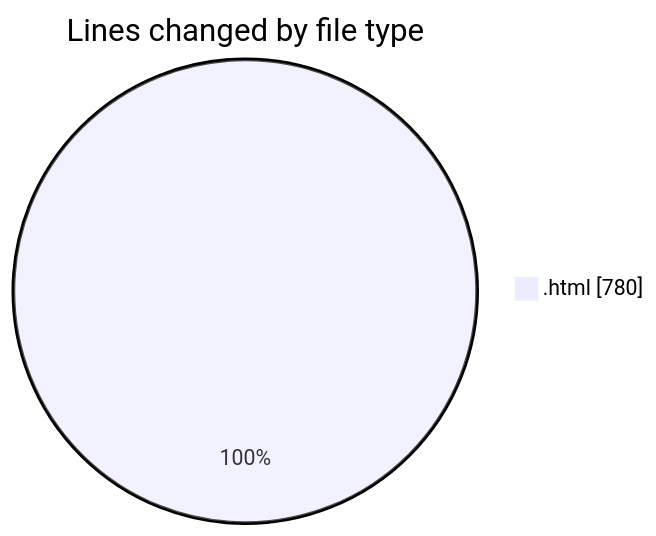
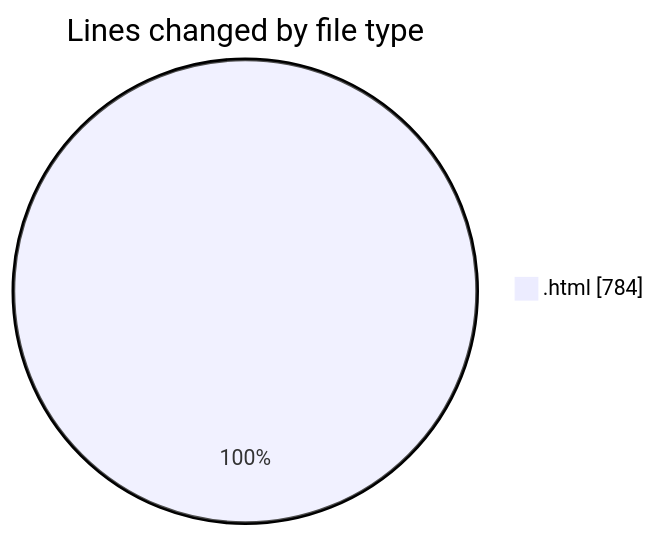
The first of 2 diagrams in 2025-06-07/www/README.md (vahidmafi/code-tracking), drawn with Mermaid before and after one commit. The commit also changed other lines of this file and 1 other file, not shown here.

````diff
--- a/2025-06-07/www/README.md
+++ b/2025-06-07/www/README.md
@@ -21,5 +21,5 @@
 ```mermaid
 pie showData
 title Lines changed by file type
-".html" : 780
+".html" : 784
 ```
````
